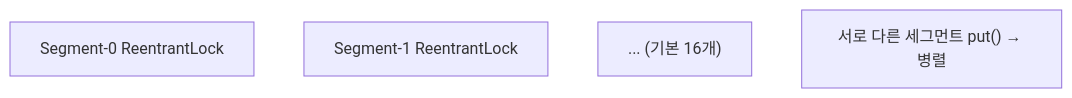
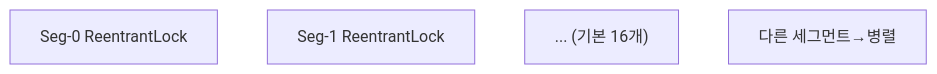
Before and after one commit to yjkim2015/yjkim2015.github.io: diagram 14 of 21 in _posts/java/2026-05-01-java-collections.md, drawn with Mermaid. The commit also changed other lines of this file and 48 other files, not shown here.

First line of the commit message:
Mermaid 최종 47건 수정: participant/노드/줄수/라벨 전부 기준 이하

````diff
--- a/_posts/java/2026-05-01-java-collections.md
+++ b/_posts/java/2026-05-01-java-collections.md
@@ -595,7 +595,7 @@
 ```mermaid
 graph TD
-    S0["Segment-0 ReentrantLock"]
-    S1["Segment-1 ReentrantLock"]
+    S0["Seg-0 ReentrantLock"]
+    S1["Seg-1 ReentrantLock"]
     SD["... (기본 16개)"]
-    NOTE["서로 다른 세그먼트 put() → 병렬"]
+    NOTE["다른 세그먼트→병렬"]
 ```
````
